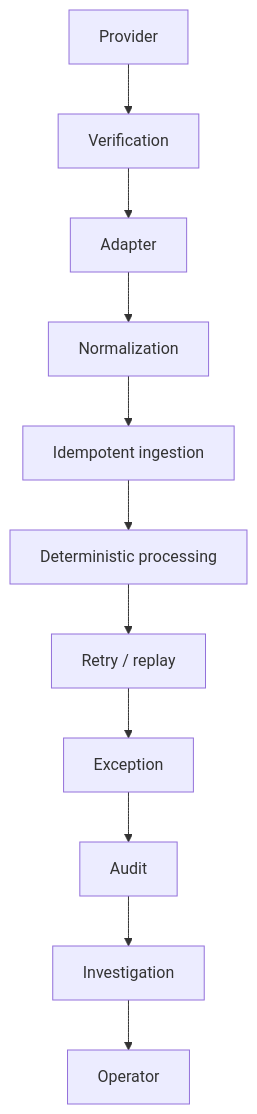
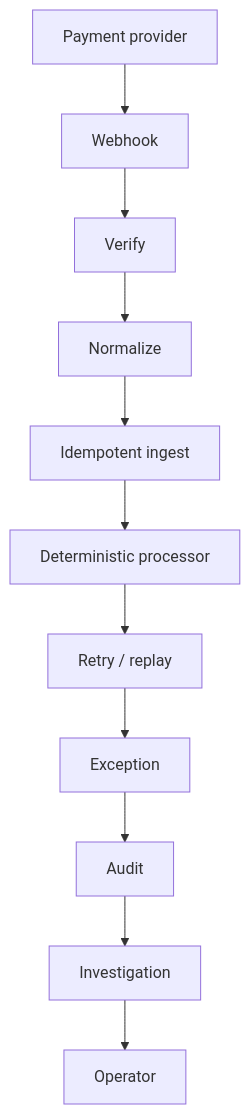
Before and after one commit to GauravNidhiCodes/HOOKx: the diagram in docs/architecture.md, drawn with Mermaid. The commit also changed other lines of this file and 3 other files, not shown here.

````diff
--- a/docs/architecture.md
+++ b/docs/architecture.md
@@ -22,13 +22,13 @@
 ```mermaid
 flowchart TD
-  P[Provider] --> V[Verification]
-  V --> A[Adapter]
-  A --> N[Normalization]
-  N --> I[Idempotent ingestion]
-  I --> D[Deterministic processing]
+  P[Payment provider] --> W[Webhook]
+  W --> V[Verify]
+  V --> N[Normalize]
+  N --> I[Idempotent ingest]
+  I --> D[Deterministic processor]
   D --> R[Retry / replay]
   R --> X[Exception]
   X --> U[Audit]
   U --> G[Investigation]
   G --> O[Operator]
 ```
````
